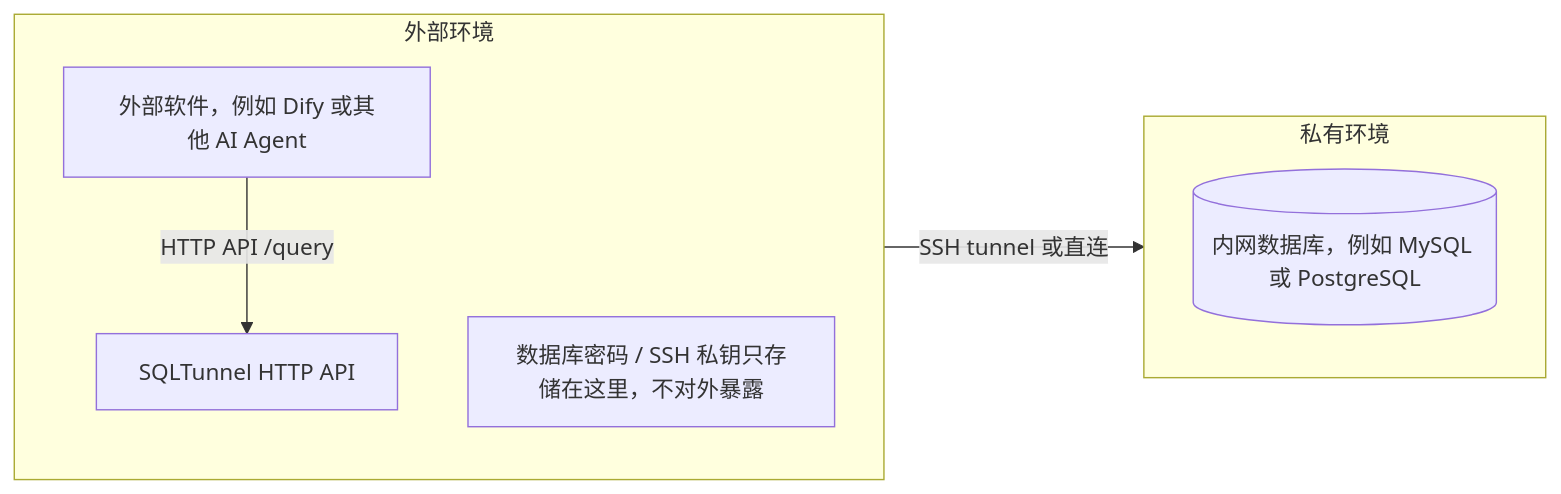
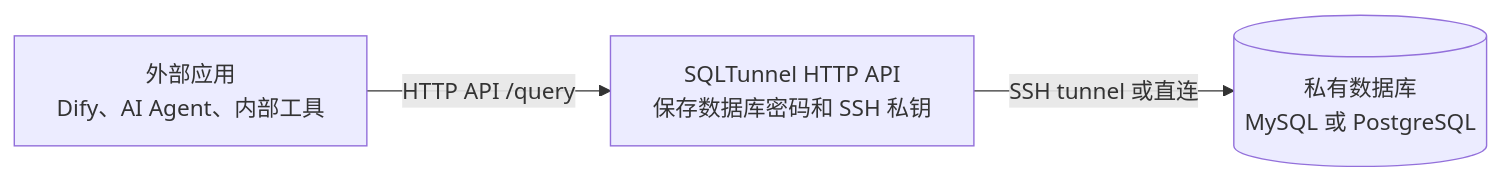
One commit to NemoAlex/SQLTunnel changed the diagram in README.zh-CN.md. Above: the diagram before and after it, drawn with Mermaid. The commit also changed 1 other file, not shown here.

Commit message:
Simplify README architecture diagram

````diff
--- a/README.zh-CN.md
+++ b/README.zh-CN.md
@@ -26,17 +26,9 @@
 ```mermaid
 flowchart LR
-  subgraph AppSide["外部环境"]
-    direction TB
-    ExternalApp["外部软件，例如 Dify 或其他 AI Agent"]
-    SQLTunnel["SQLTunnel HTTP API"]
-    Secrets["数据库密码 / SSH 私钥只存储在这里，不对外暴露"]
-  end
-
-  subgraph Private["私有环境"]
-    direction TB
-    Database[("内网数据库，例如 MySQL 或 PostgreSQL")]
-  end
+  ExternalApp["外部应用<br/>Dify、AI Agent、内部工具"]
+  SQLTunnel["SQLTunnel HTTP API<br/>保存数据库密码和 SSH 私钥"]
+  Database[("私有数据库<br/>MySQL 或 PostgreSQL")]
 
   ExternalApp -->|"HTTP API /query"| SQLTunnel
   SQLTunnel -->|"SSH tunnel 或直连"| Database
 ```
````
